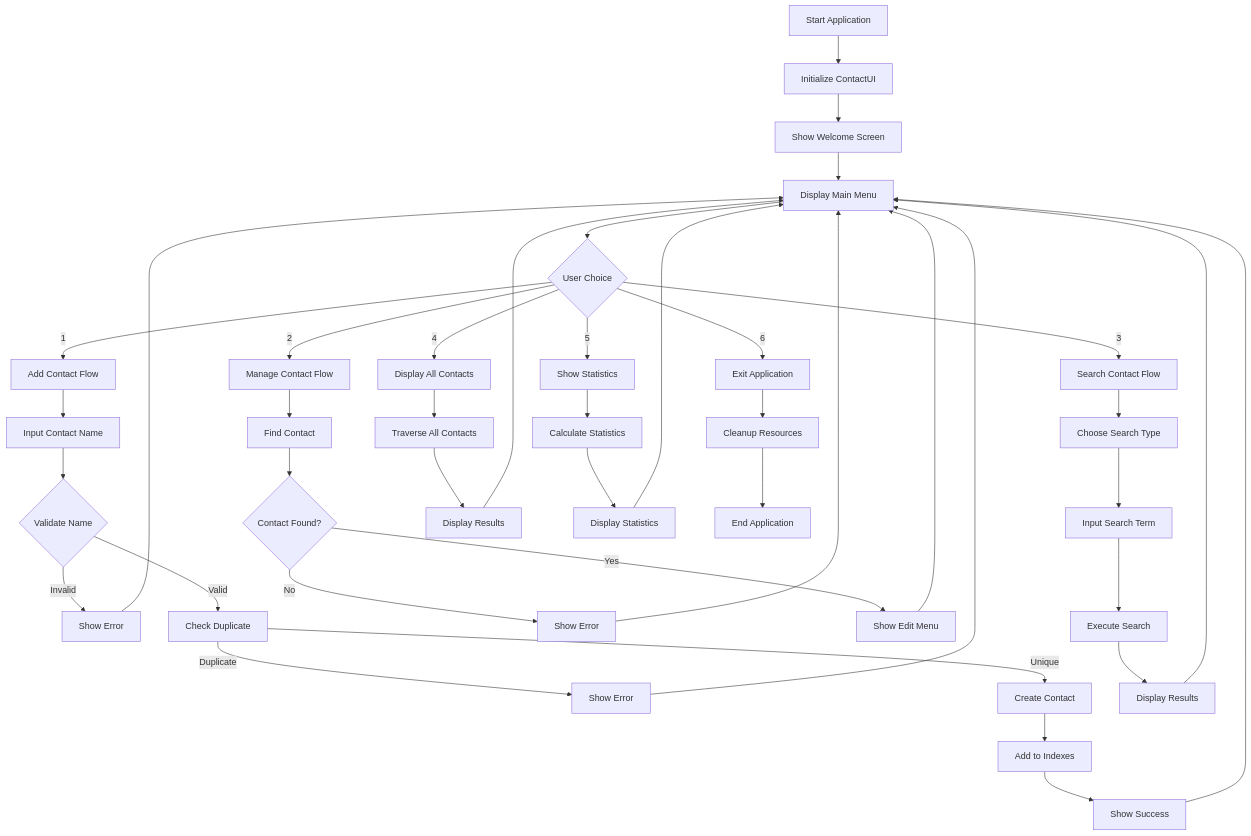
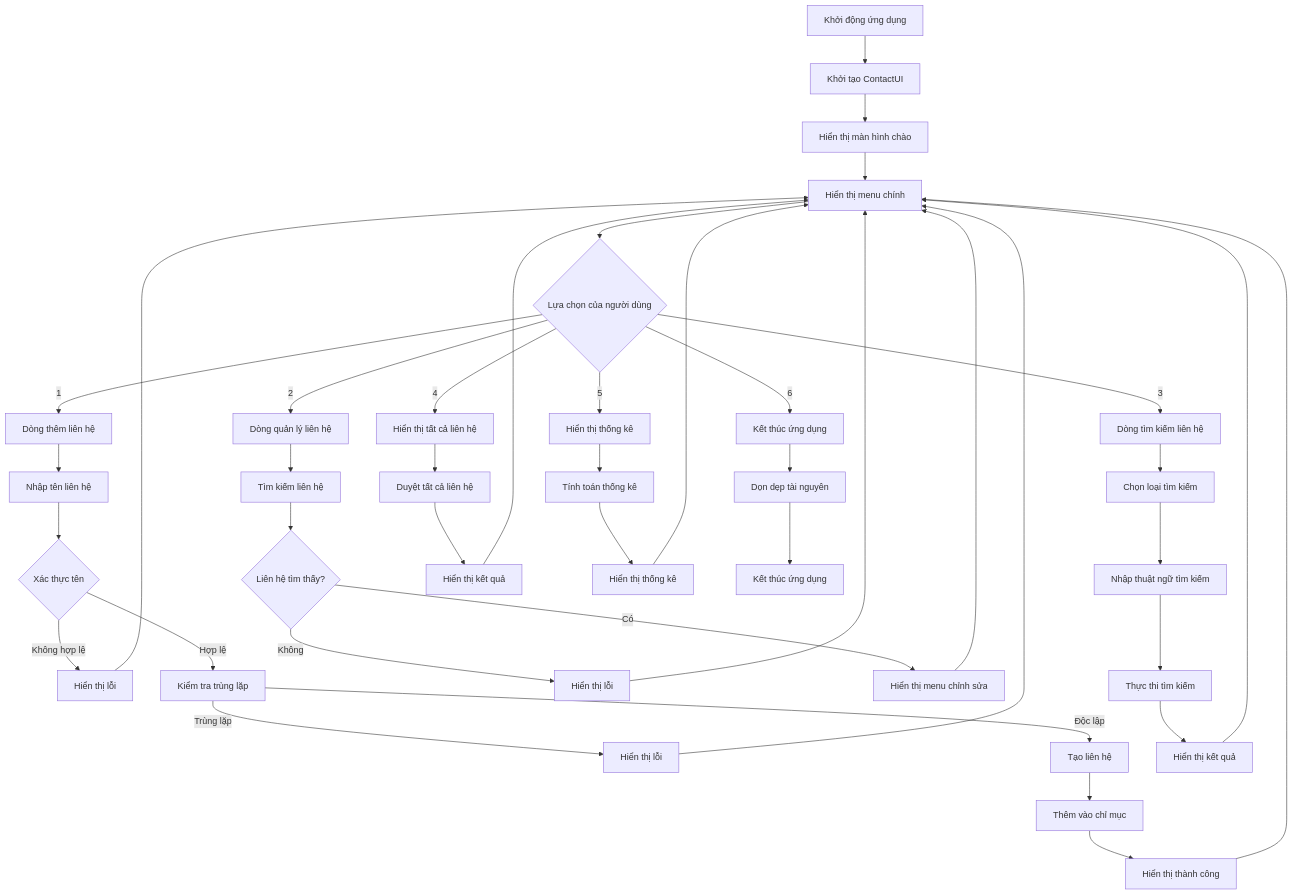
Before and after one commit to TaiLoiZzzz/DSA_PROJECT: diagram 11 of 15 in docs/UML_Documentation_Improved.md, drawn with Mermaid. The commit also changed other lines of this file and 1 other file, not shown here.

````diff
--- a/docs/UML_Documentation_Improved.md
+++ b/docs/UML_Documentation_Improved.md
@@ -536,51 +536,51 @@
 ```mermaid
 flowchart TD
-    A[Start Application] --> B[Initialize ContactUI]
-    B --> C[Show Welcome Screen]
-    C --> D[Display Main Menu]
-    D --> E{User Choice}
+    A[Khởi động ứng dụng] --> B[Khởi tạo ContactUI]
+    B --> C[Hiển thị màn hình chào]
+    C --> D[Hiển thị menu chính]
+    D --> E{Lựa chọn của người dùng}
     
-    E -->|1| F[Add Contact Flow]
-    E -->|2| G[Manage Contact Flow]
-    E -->|3| H[Search Contact Flow]
-    E -->|4| I[Display All Contacts]
-    E -->|5| J[Show Statistics]
-    E -->|6| K[Exit Application]
+    E -->|1| F[Dòng thêm liên hệ]
+    E -->|2| G[Dòng quản lý liên hệ]
+    E -->|3| H[Dòng tìm kiếm liên hệ]
+    E -->|4| I[Hiển thị tất cả liên hệ]
+    E -->|5| J[Hiển thị thống kê]
+    E -->|6| K[Kết thúc ứng dụng]
     
-    F --> L[Input Contact Name]
-    L --> M{Validate Name}
-    M -->|Invalid| N[Show Error]
-    M -->|Valid| O[Check Duplicate]
-    O -->|Duplicate| P[Show Error]
-    O -->|Unique| Q[Create Contact]
-    Q --> R[Add to Indexes]
-    R --> S[Show Success]
+    F --> L[Nhập tên liên hệ]
+    L --> M{Xác thực tên}
+    M -->|Không hợp lệ| N[Hiển thị lỗi]
+    M -->|Hợp lệ| O[Kiểm tra trùng lặp]
+    O -->|Trùng lặp| P[Hiển thị lỗi]
+    O -->|Độc lập| Q[Tạo liên hệ]
+    Q --> R[Thêm vào chỉ mục]
+    R --> S[Hiển thị thành công]
     
-    G --> T[Find Contact]
-    T --> U{Contact Found?}
-    U -->|No| V[Show Error]
-    U -->|Yes| W[Show Edit Menu]
+    G --> T[Tìm kiếm liên hệ]
+    T --> U{Liên hệ tìm thấy?}
+    U -->|Không| V[Hiển thị lỗi]
+    U -->|Có| W[Hiển thị menu chỉnh sửa]
     
-    H --> X[Choose Search Type]
-    X --> Y[Input Search Term]
-    Y --> Z[Execute Search]
-    Z --> AA[Display Results]
+    H --> X[Chọn loại tìm kiếm]
+    X --> Y[Nhập thuật ngữ tìm kiếm]
+    Y --> Z[Thực thi tìm kiếm]
+    Z --> AA[Hiển thị kết quả]
     
-    I --> BB[Traverse All Contacts]
-    BB --> CC[Display Results]
+    I --> BB[Duyệt tất cả liên hệ]
+    BB --> CC[Hiển thị kết quả]
     
-    J --> DD[Calculate Statistics]
-    DD --> EE[Display Statistics]
+    J --> DD[Tính toán thống kê]
+    DD --> EE[Hiển thị thống kê]
     
     N --> D
     P --> D
     S --> D
     V --> D
     W --> D
     AA --> D
     CC --> D
     EE --> D
     
-    K --> FF[Cleanup Resources]
-    FF --> GG[End Application]
+    K --> FF[Dọn dẹp tài nguyên]
+    FF --> GG[Kết thúc ứng dụng]
 ```
````
